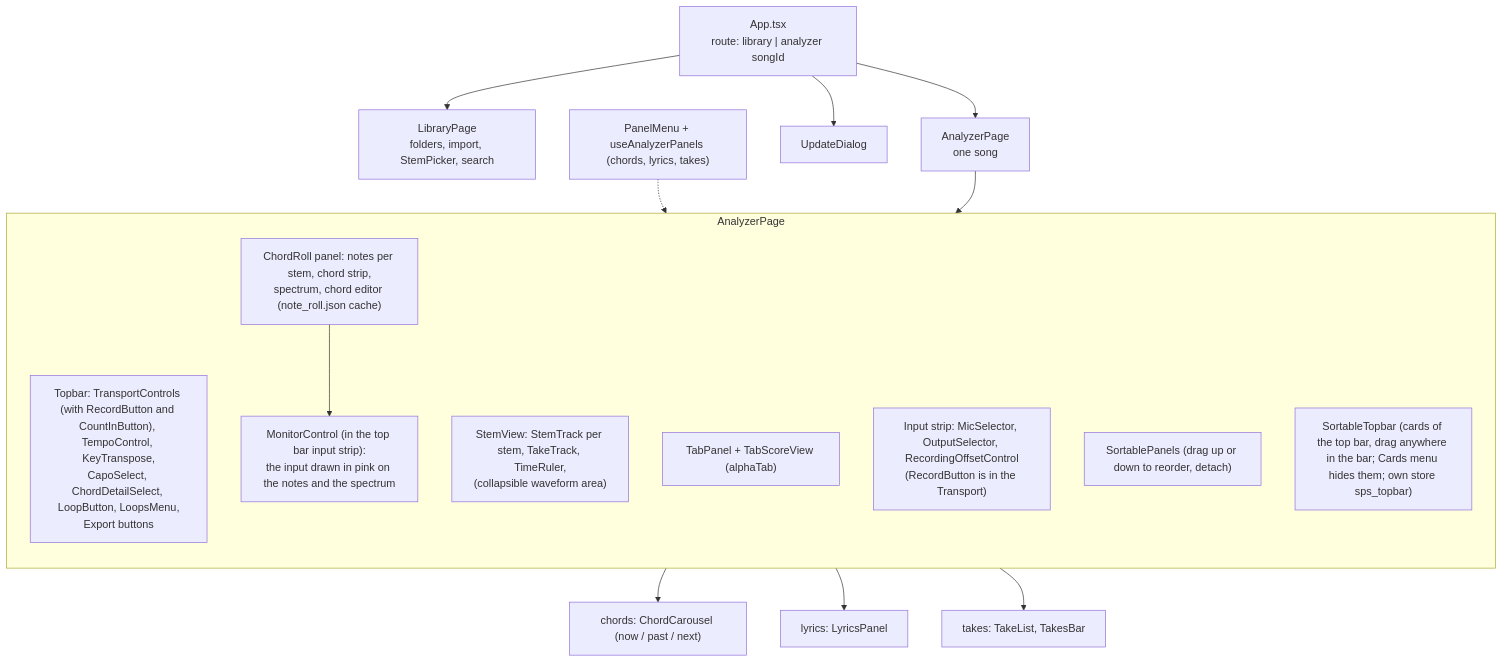
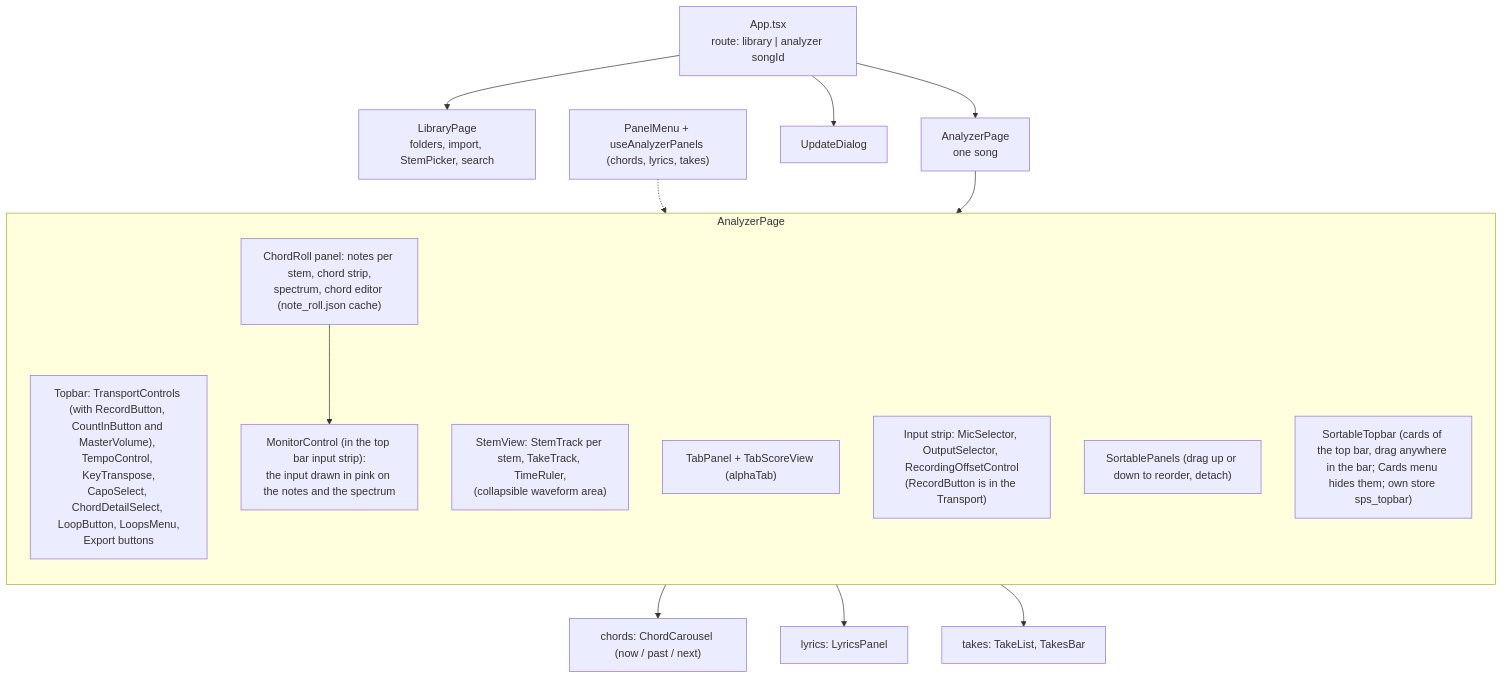
Before and after one commit to giamat90/SongPracticeStudio: the second of 16 diagrams in wiki/uml.md, drawn with Mermaid. The commit also changed 11 other files, not shown here.

First line of the commit message:
feat: a master volume in the transport bar

````diff
--- a/wiki/uml.md
+++ b/wiki/uml.md
@@ -69,26 +69,26 @@
 ```mermaid
 flowchart TB
     APP["App.tsx<br/>route: library | analyzer songId"]
     APP --> LP["LibraryPage<br/>folders, import, StemPicker, search"]
     APP --> AP["AnalyzerPage<br/>one song"]
     APP --> UD["UpdateDialog"]
 
     subgraph ap["AnalyzerPage"]
         direction TB
-        TOP["Topbar: TransportControls (with RecordButton and CountInButton), TempoControl, KeyTranspose,<br/>CapoSelect, ChordDetailSelect, LoopButton, LoopsMenu,<br/>Export buttons"]
+        TOP["Topbar: TransportControls (with RecordButton, CountInButton and MasterVolume), TempoControl, KeyTranspose,<br/>CapoSelect, ChordDetailSelect, LoopButton, LoopsMenu,<br/>Export buttons"]
         SV["StemView: StemTrack per stem, TakeTrack, TimeRuler,<br/>(collapsible waveform area)"]
         CR["ChordRoll panel: notes per stem, chord strip,<br/>spectrum, chord editor (note_roll.json cache)"]
         MON["MonitorControl (in the top bar input strip):<br/>the input drawn in pink on the notes and the spectrum"]
         TB["TabPanel + TabScoreView (alphaTab)"]
         REC["Input strip: MicSelector, OutputSelector, RecordingOffsetControl<br/>(RecordButton is in the Transport)"]
         SP["SortablePanels (drag up or down to reorder, detach)"]
         STB["SortableTopbar (cards of the top bar, drag anywhere in the bar; Cards menu hides them; own store sps_topbar)"]
     end
     AP --> ap
     CR --> MON
     SP --> P1["chords: ChordCarousel (now / past / next)"]
     SP --> P2["lyrics: LyricsPanel"]
     SP --> P3["takes: TakeList, TakesBar"]
     PM["PanelMenu + useAnalyzerPanels (chords, lyrics, takes)"]
     PM -.-> SP
 ```
````
